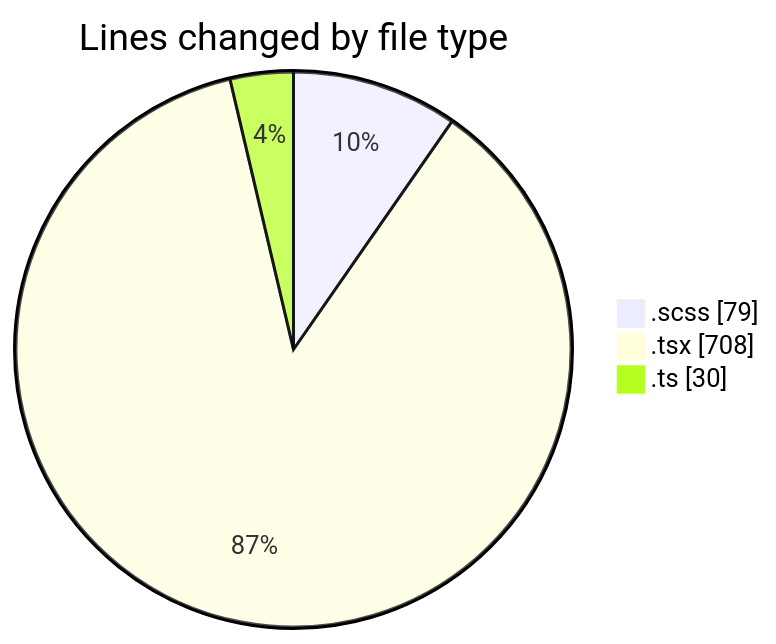
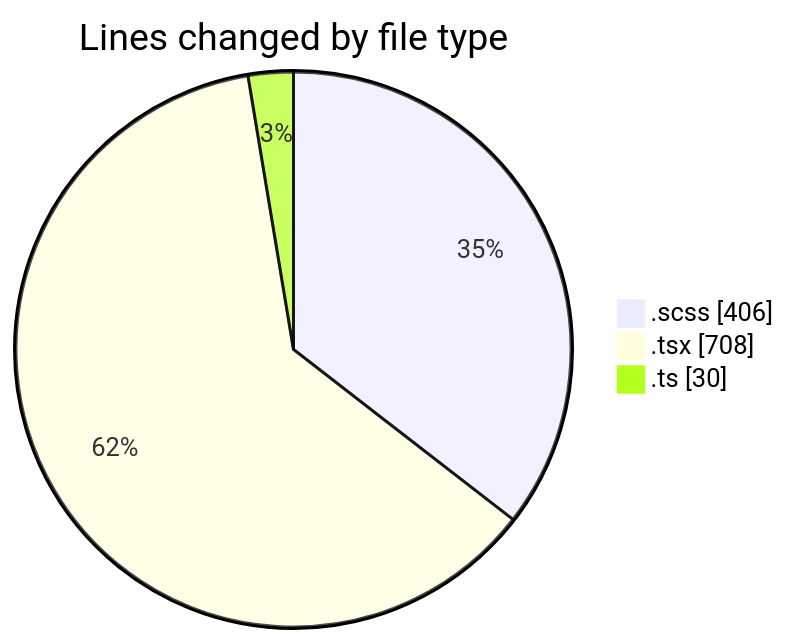
Before and after one commit to momahboobian/code-tracking: the first of 2 diagrams in 2025-02-27/cda/README.md, drawn with Mermaid. The commit also changed other lines of this file and 1 other file, not shown here.

````diff
--- a/2025-02-27/cda/README.md
+++ b/2025-02-27/cda/README.md
@@ -28,7 +30,7 @@
 ```mermaid
 pie showData
 title Lines changed by file type
-".scss" : 79
+".scss" : 406
 ".tsx" : 708
 ".ts" : 30
 ```
````
